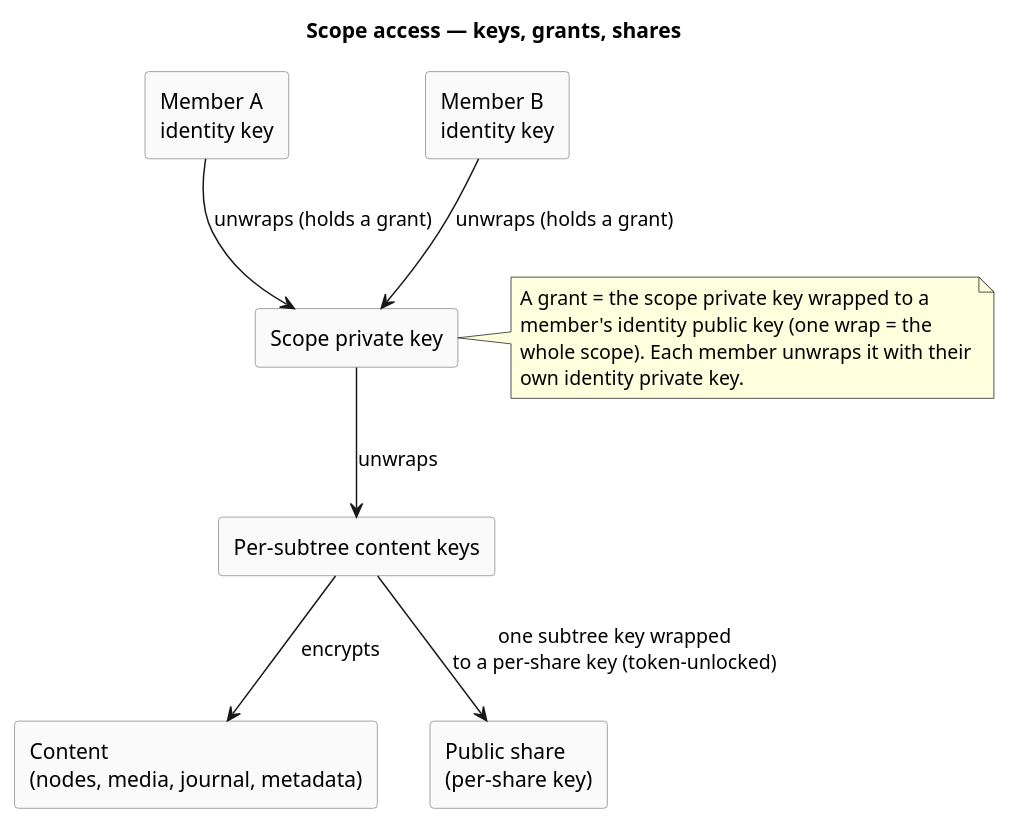
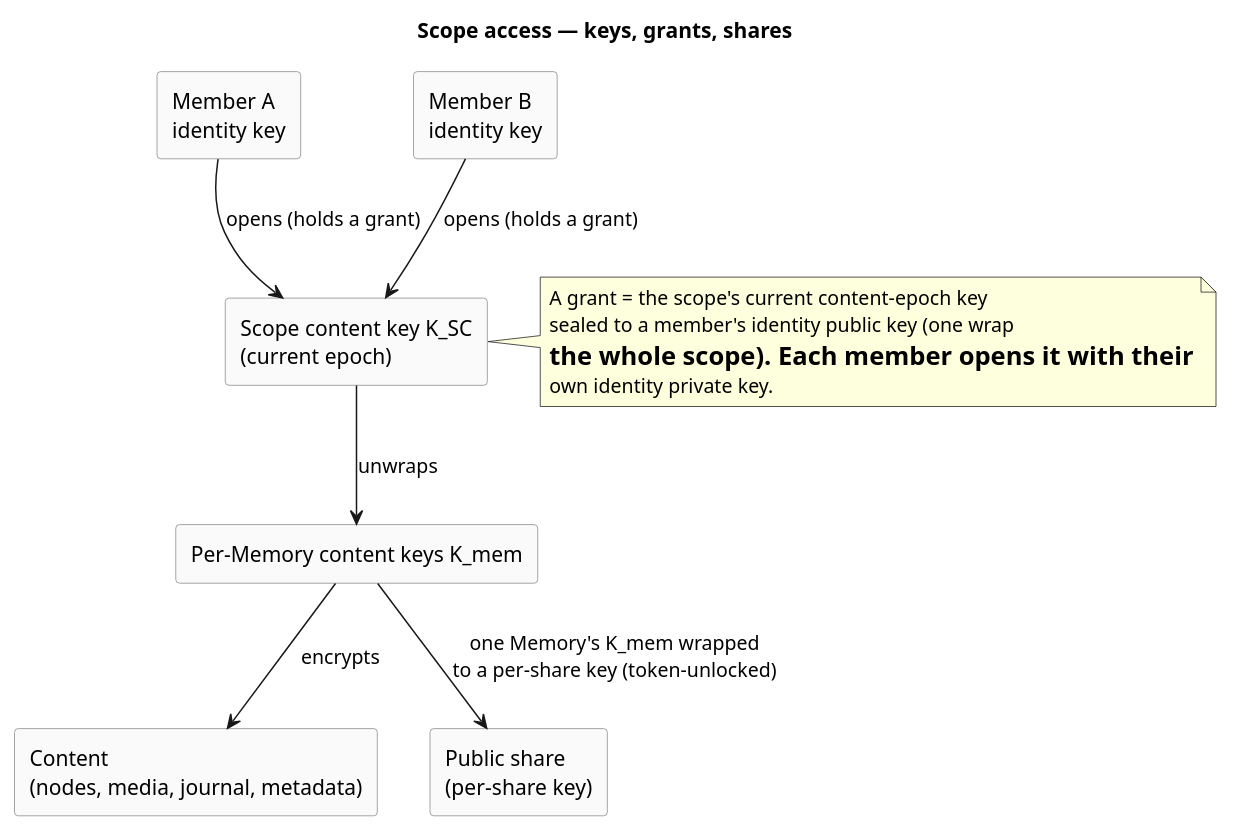
Before and after one commit to raddatzk/veyq-no-e2ee: the first of 2 diagrams in docs/crosscutting/scopes-and-tenancy.md, drawn with PlantUML. The commit also changed other lines of this file and 10 other files, not shown here.

````diff
--- a/docs/crosscutting/scopes-and-tenancy.md
+++ b/docs/crosscutting/scopes-and-tenancy.md
@@ -49,30 +49,30 @@
 ```plantuml
 @startuml
 title Scope access — keys, grants, shares
 skinparam shadowing false
 skinparam rectangle {
   BackgroundColor #FAFAFA
   BorderColor #888888
 }
 
 rectangle "Member A\nidentity key" as ma
 rectangle "Member B\nidentity key" as mb
-rectangle "Scope private key" as spk
-rectangle "Per-subtree content keys" as ck
+rectangle "Scope content key K_SC\n(current epoch)" as ksc
+rectangle "Per-Memory content keys K_mem" as kmem
 rectangle "Content\n(nodes, media, journal, metadata)" as content
 rectangle "Public share\n(per-share key)" as share
 
-ma --> spk : unwraps (holds a grant)
-mb --> spk : unwraps (holds a grant)
-spk --> ck : unwraps
-ck  --> content : encrypts
-ck  --> share : one subtree key wrapped\nto a per-share key (token-unlocked)
+ma   --> ksc : opens (holds a grant)
+mb   --> ksc : opens (holds a grant)
+ksc  --> kmem : unwraps
+kmem --> content : encrypts
+kmem --> share : one Memory's K_mem wrapped\nto a per-share key (token-unlocked)
 
-note right of spk
-  A grant = the scope private key wrapped to a
-  member's identity public key (one wrap = the
-  whole scope). Each member unwraps it with their
+note right of ksc
+  A grant = the scope's current content-epoch key
+  sealed to a member's identity public key (one wrap
+  = the whole scope). Each member opens it with their
   own identity private key.
 end note
 @enduml
 ```
````
